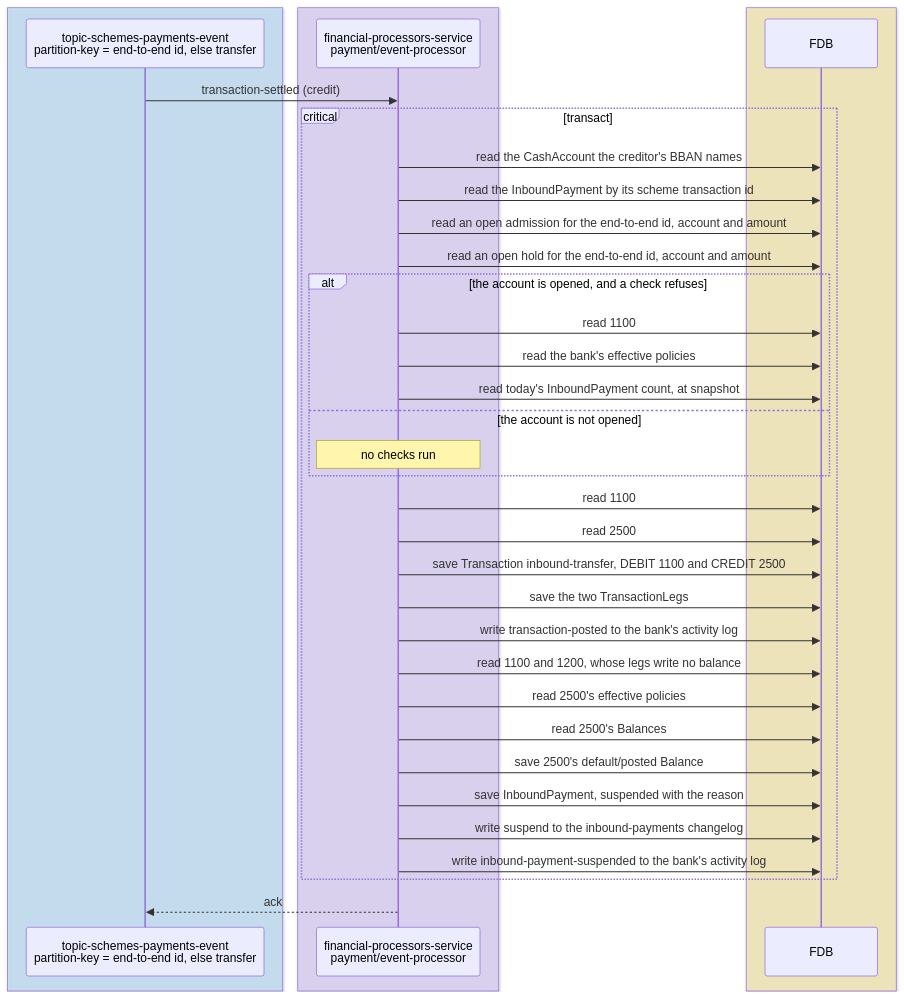
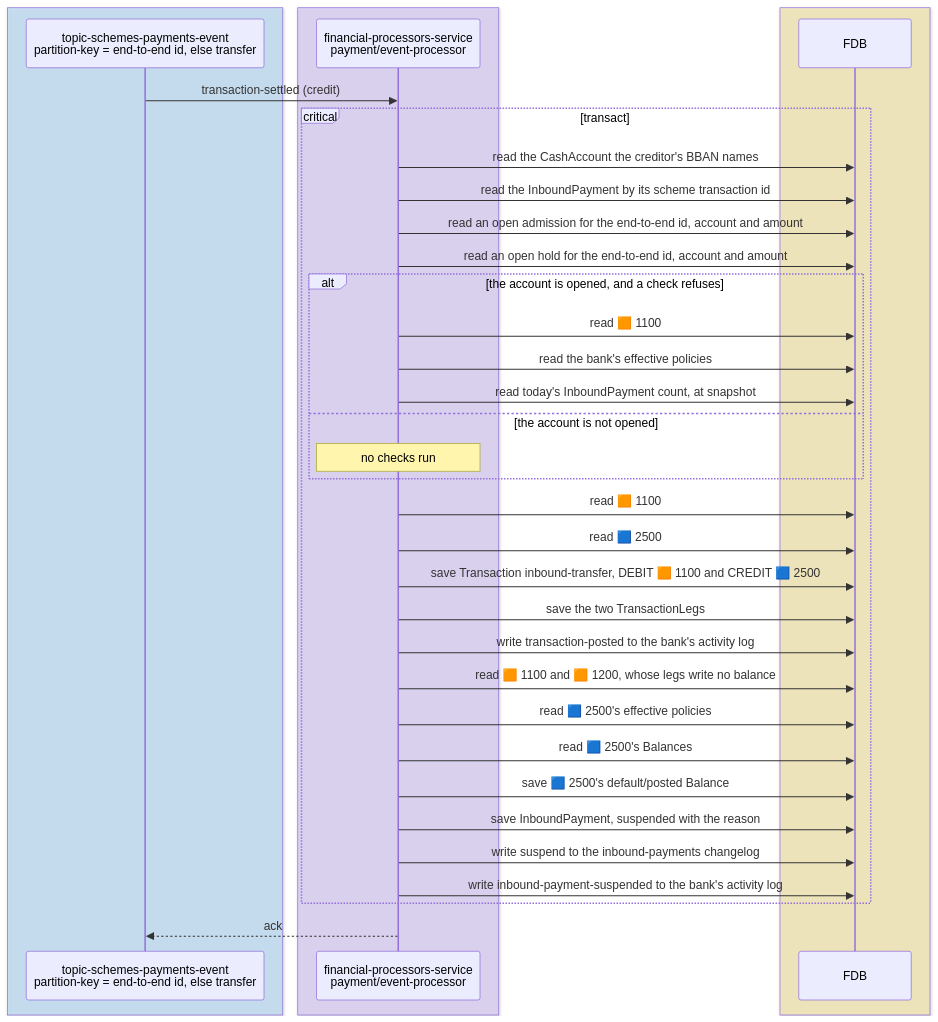
The fifth of 15 diagrams in docs/tdd/payments-inbound.md (repldriven/queenswood), drawn with Mermaid before and after one commit. The commit also changed other lines of this file and 2 other files, not shown here.

Commit message:
Mark each ledger account in the diagrams with its type's colour

````diff
--- a/docs/tdd/payments-inbound.md
+++ b/docs/tdd/payments-inbound.md
@@ -257,39 +258,39 @@
 ```mermaid
 sequenceDiagram
     box rgba(165, 216, 255, 0.45)
     participant SE as topic-schemes-payments-event<br/>partition-key = end-to-end id, else transfer
     end
     box rgba(208, 191, 255, 0.45)
     participant PE as financial-processors-service<br/>payment/event-processor
     end
     box rgba(255, 236, 153, 0.5)
     participant DB as FDB
     end
     SE->>PE: transaction-settled (credit)
     critical transact
     PE->>DB: read the CashAccount the creditor's BBAN names
     PE->>DB: read the InboundPayment by its scheme transaction id
     PE->>DB: read an open admission for the end-to-end id, account and amount
     PE->>DB: read an open hold for the end-to-end id, account and amount
     alt the account is opened, and a check refuses
-    PE->>DB: read 1100
+    PE->>DB: read 🟧 1100
     PE->>DB: read the bank's effective policies
     PE->>DB: read today's InboundPayment count, at snapshot
     else the account is not opened
     Note over PE: no checks run
     end
-    PE->>DB: read 1100
-    PE->>DB: read 2500
-    PE->>DB: save Transaction inbound-transfer, DEBIT 1100 and CREDIT 2500
+    PE->>DB: read 🟧 1100
+    PE->>DB: read 🟦 2500
+    PE->>DB: save Transaction inbound-transfer, DEBIT 🟧 1100 and CREDIT 🟦 2500
     PE->>DB: save the two TransactionLegs
     PE->>DB: write transaction-posted to the bank's activity log
-    PE->>DB: read 1100 and 1200, whose legs write no balance
-    PE->>DB: read 2500's effective policies
-    PE->>DB: read 2500's Balances
-    PE->>DB: save 2500's default/posted Balance
+    PE->>DB: read 🟧 1100 and 🟧 1200, whose legs write no balance
+    PE->>DB: read 🟦 2500's effective policies
+    PE->>DB: read 🟦 2500's Balances
+    PE->>DB: save 🟦 2500's default/posted Balance
     PE->>DB: save InboundPayment, suspended with the reason
     PE->>DB: write suspend to the inbound-payments changelog
     PE->>DB: write inbound-payment-suspended to the bank's activity log
     end
     PE-->>SE: ack
 ```
````
